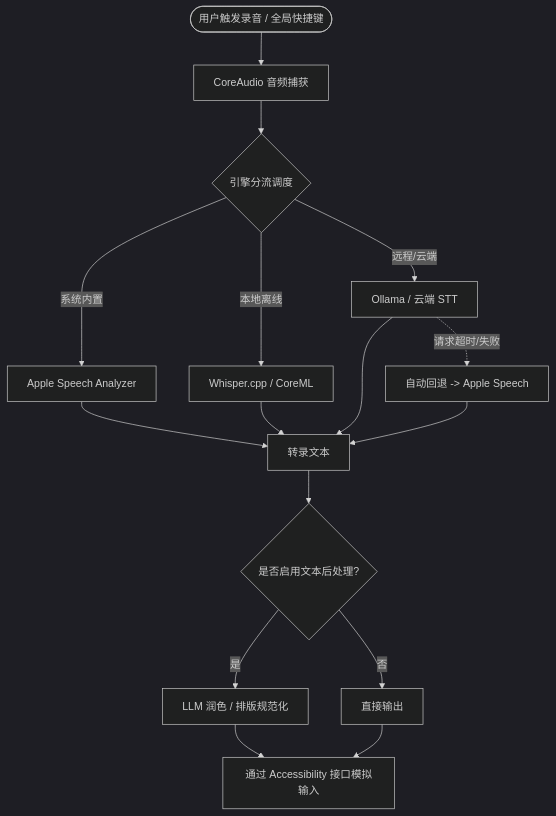
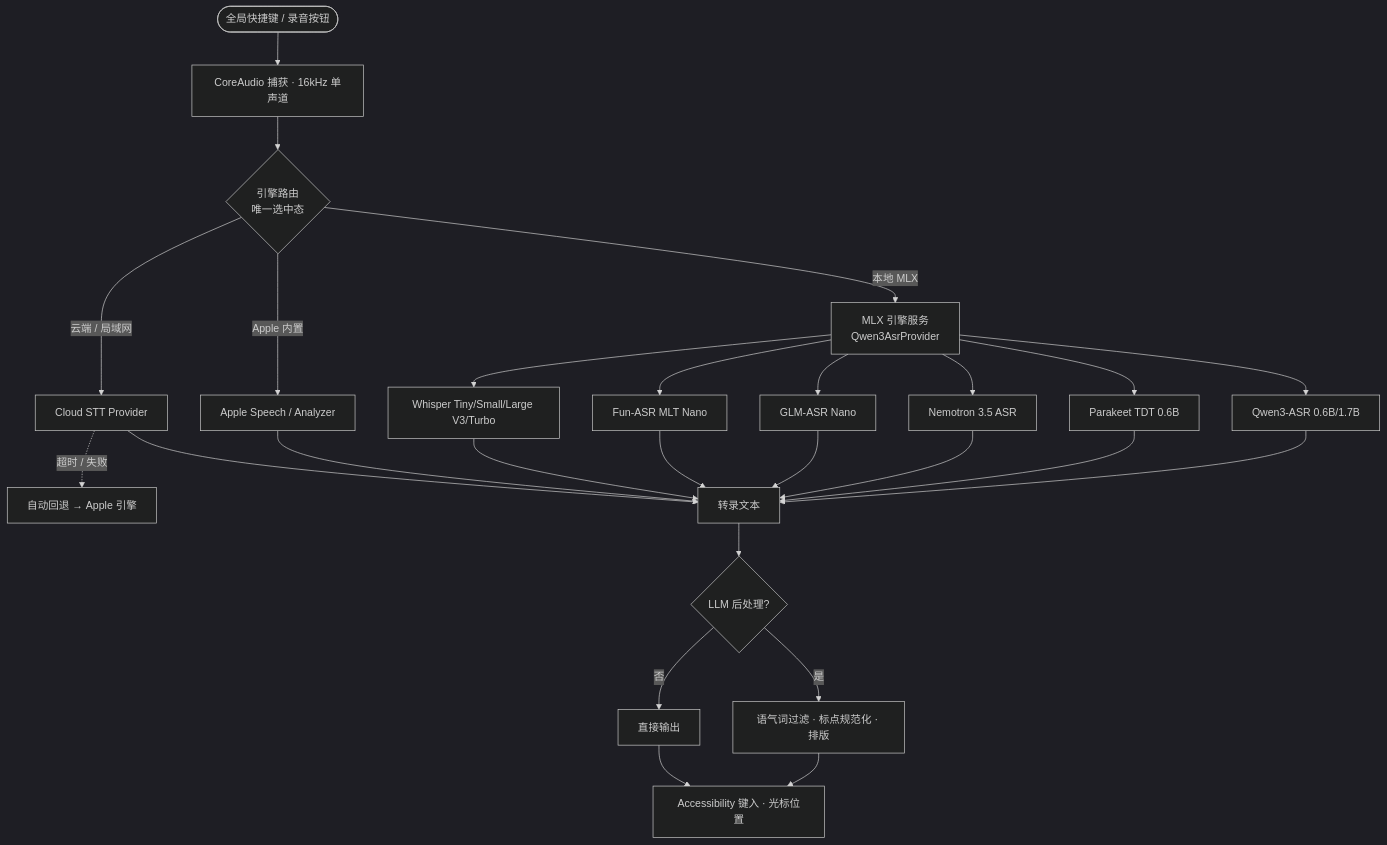
Before and after one commit to xiangsam/FluidVoice: the diagram in README.md, drawn with Mermaid (dark theme). The commit also changed other lines of this file and 2 other files, not shown here.

First line of the commit message:
docs: rewrite README for native Swift + MLX architecture

````diff
--- a/README.md
+++ b/README.md
@@ -52,23 +48,34 @@
 ```mermaid
 graph TD
-    User([用户触发录音 / 全局快捷键]) --> AudioCapture[CoreAudio 音频捕获]
-    AudioCapture --> EngineSelector{引擎分流调度}
-    
-    EngineSelector -->|系统内置| AppleSpeech[Apple Speech Analyzer]
-    EngineSelector -->|本地离线| WhisperCpp[Whisper.cpp / CoreML]
-    EngineSelector -->|远程/云端| CloudSTT[Ollama / 云端 STT]
-    
-    CloudSTT -.->|请求超时/失败| Fallback[自动回退 -> Apple Speech]
-    
-    AppleSpeech --> RawText[转录文本]
-    WhisperCpp --> RawText
-    CloudSTT --> RawText
-    Fallback --> RawText
-    
-    RawText --> LLMPipeline{是否启用文本后处理?}
-    LLMPipeline -->|是| LLMEnhance[LLM 润色 / 排版规范化]
-    LLMPipeline -->|否| DirectOutput[直接输出]
-    
-    LLMEnhance --> Output[通过 Accessibility 接口模拟输入]
-    DirectOutput --> Output
+    User([全局快捷键 / 录音按钮]) --> AudioCapture[CoreAudio 捕获 · 16kHz 单声道]
+    AudioCapture --> EngineSelector{引擎路由<br/>唯一选中态}
+
+    EngineSelector -->|本地 MLX| MlxEngine[MLX 引擎服务<br/>Qwen3AsrProvider]
+    EngineSelector -->|Apple 内置| AppleEngine[Apple Speech / Analyzer]
+    EngineSelector -->|云端 / 局域网| CloudEngine[Cloud STT Provider]
+
+    MlxEngine --> C1[Qwen3-ASR 0.6B/1.7B]
+    MlxEngine --> C2[Parakeet TDT 0.6B]
+    MlxEngine --> C3[Nemotron 3.5 ASR]
+    MlxEngine --> C4[GLM-ASR Nano]
+    MlxEngine --> C5[Fun-ASR MLT Nano]
+    MlxEngine --> C6[Whisper Tiny/Small/Large V3/Turbo]
+
+    CloudEngine -.->|超时 / 失败| Fallback[自动回退 → Apple 引擎]
+
+    C1 --> RawText[转录文本]
+    C2 --> RawText
+    C3 --> RawText
+    C4 --> RawText
+    C5 --> RawText
+    C6 --> RawText
+    AppleEngine --> RawText
+    CloudEngine --> RawText
+
+    RawText --> LLM{LLM 后处理?}
+    LLM -->|是| LLMEnhance[语气词过滤 · 标点规范化 · 排版]
+    LLM -->|否| Direct[直接输出]
+
+    LLMEnhance --> Output[Accessibility 键入 · 光标位置]
+    Direct --> Output
 ```
````
